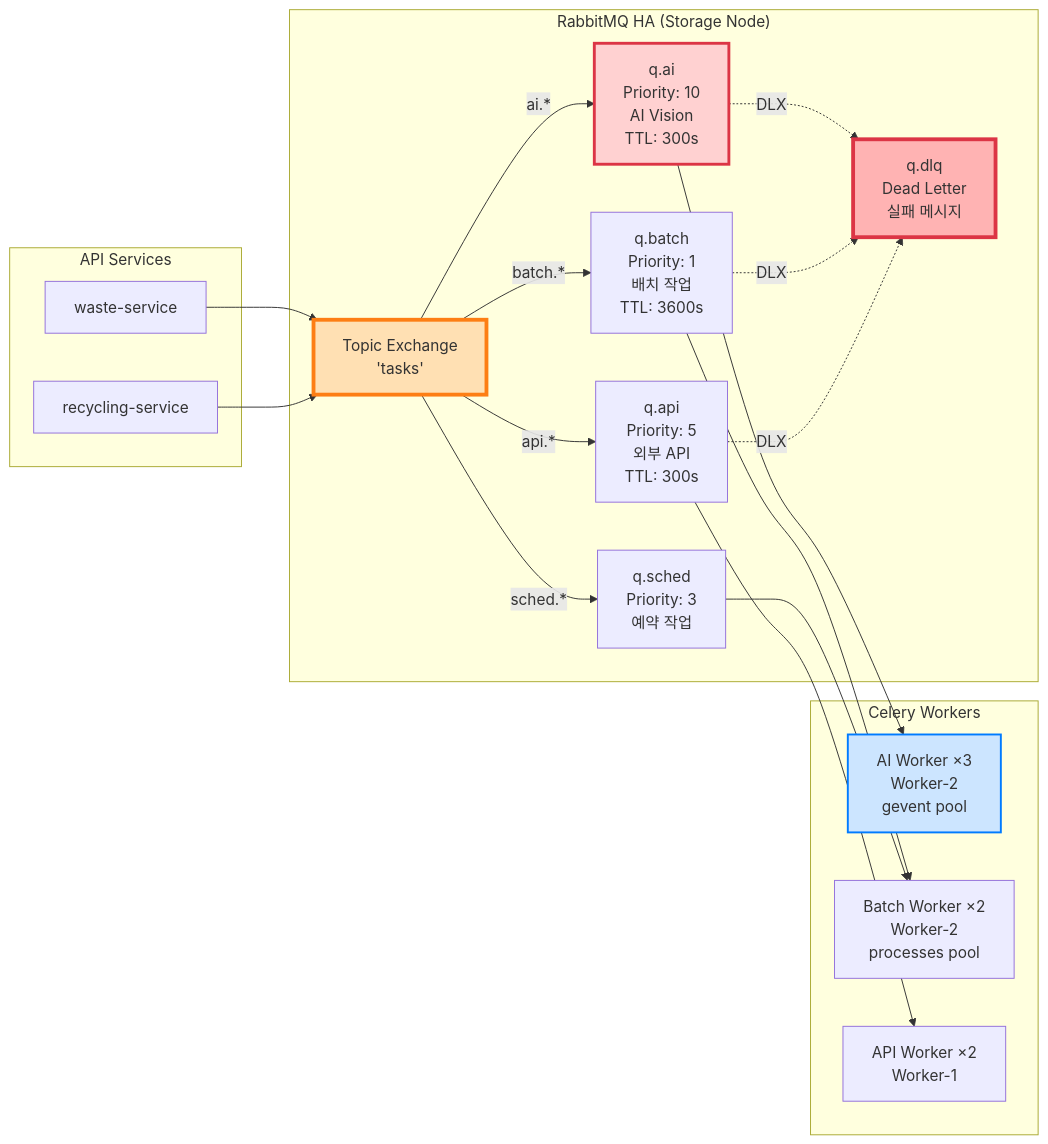
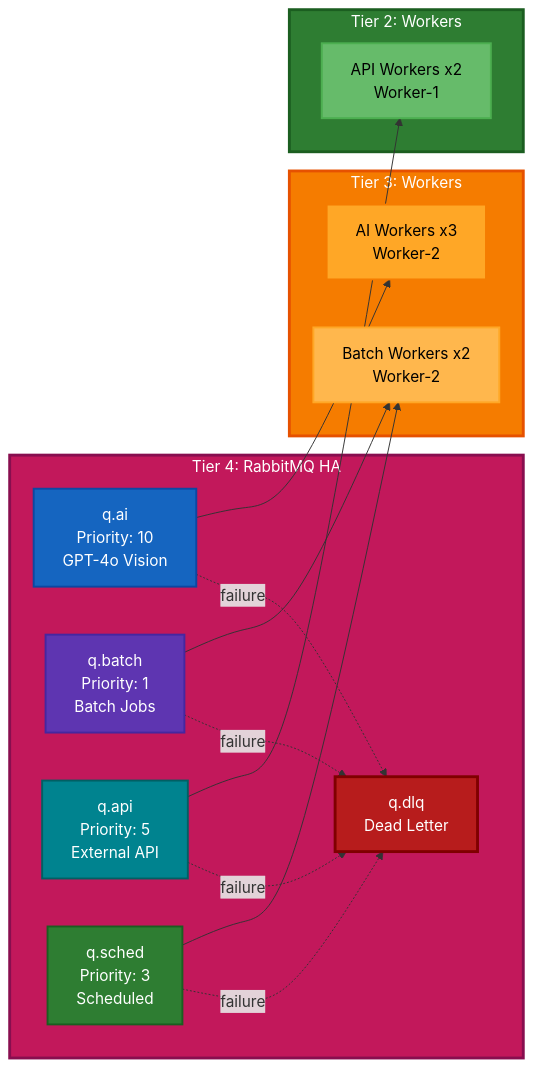
One commit to SeSACTHON/backend changed the sixth of 9 diagrams in docs/architecture/final-k8s-architecture.md. Above: the diagram before and after it, drawn with Mermaid. The commit also changed other lines of this file and 1 other file, not shown here.

First line of the commit message:
docs: Complete rewrite of task-queue and final-k8s-architecture for 4-Tier

````diff
--- a/docs/architecture/final-k8s-architecture.md
+++ b/docs/architecture/final-k8s-architecture.md
@@ -206,45 +352,53 @@
 ```mermaid
 graph LR
-    subgraph Producer["API Services"]
-        Waste[waste-service]
-        Recycling[recycling-service]
+    subgraph Tier4RMQ["Tier 4: RabbitMQ HA"]
+        Q1["q.ai
+Priority: 10
+GPT-4o Vision"]
+        Q2["q.batch
+Priority: 1
+Batch Jobs"]
+        Q3["q.api
+Priority: 5
+External API"]
+        Q4["q.sched
+Priority: 3
+Scheduled"]
+        Q5["q.dlq
+Dead Letter"]
     end
     
-    subgraph RMQ["RabbitMQ HA (Storage Node)"]
-        Exchange[Topic Exchange<br/>'tasks']
-        
-        Q1[q.ai<br/>Priority: 10<br/>AI Vision<br/>TTL: 300s]
-        Q2[q.batch<br/>Priority: 1<br/>배치 작업<br/>TTL: 3600s]
-        Q3[q.api<br/>Priority: 5<br/>외부 API<br/>TTL: 300s]
-        Q4[q.sched<br/>Priority: 3<br/>예약 작업]
-        Q5[q.dlq<br/>Dead Letter<br/>실패 메시지]
+    subgraph Tier3W["Tier 3: Workers"]
+        AI["AI Workers x3
+Worker-2"]
+        Batch["Batch Workers x2
+Worker-2"]
     end
     
-    subgraph Workers["Celery Workers"]
-        W1[AI Worker ×3<br/>Worker-2<br/>gevent pool]
-        W2[Batch Worker ×2<br/>Worker-2<br/>processes pool]
-        W3[API Worker ×2<br/>Worker-1]
+    subgraph Tier2W["Tier 2: Workers"]
+        API["API Workers x2
+Worker-1"]
     end
     
-    Waste --> Exchange
-    Recycling --> Exchange
+    Q1 --> AI
+    Q2 --> Batch
+    Q3 --> API
+    Q4 --> Batch
     
-    Exchange -->|ai.*| Q1
-    Exchange -->|batch.*| Q2
-    Exchange -->|api.*| Q3
-    Exchange -->|sched.*| Q4
+    Q1 -.->|failure| Q5
+    Q2 -.->|failure| Q5
+    Q3 -.->|failure| Q5
+    Q4 -.->|failure| Q5
     
-    Q1 -.->|DLX| Q5
-    Q2 -.->|DLX| Q5
-    Q3 -.->|DLX| Q5
-    
-    Q1 --> W1
-    Q2 --> W2
-    Q3 --> W3
-    Q4 --> W2
-    
-    style Exchange fill:#ffe0b3,stroke:#fd7e14,stroke-width:4px
-    style Q1 fill:#ffd1d1,stroke:#dc3545,stroke-width:3px
-    style Q5 fill:#ffb3b3,stroke:#dc3545,stroke-width:4px
-    style W1 fill:#cce5ff,stroke:#007bff,stroke-width:2px
+    style Tier4RMQ fill:#c2185b,color:#fff,stroke:#880e4f,stroke-width:3px
+    style Tier3W fill:#f57c00,color:#fff,stroke:#e65100,stroke-width:3px
+    style Tier2W fill:#2e7d32,color:#fff,stroke:#1b5e20,stroke-width:3px
+    style Q1 fill:#1565c0,color:#fff,stroke:#0d47a1,stroke-width:2px
+    style Q2 fill:#5e35b1,color:#fff,stroke:#4527a0,stroke-width:2px
+    style Q3 fill:#00838f,color:#fff,stroke:#006064,stroke-width:2px
+    style Q4 fill:#2e7d32,color:#fff,stroke:#1b5e20,stroke-width:2px
+    style Q5 fill:#b71c1c,color:#fff,stroke:#7f0000,stroke-width:3px
+    style AI fill:#ffa726,color:#000,stroke:#f57c00,stroke-width:2px
+    style Batch fill:#ffb74d,color:#000,stroke:#ffa726,stroke-width:2px
+    style API fill:#66bb6a,color:#000,stroke:#4caf50,stroke-width:2px
 ```
````
